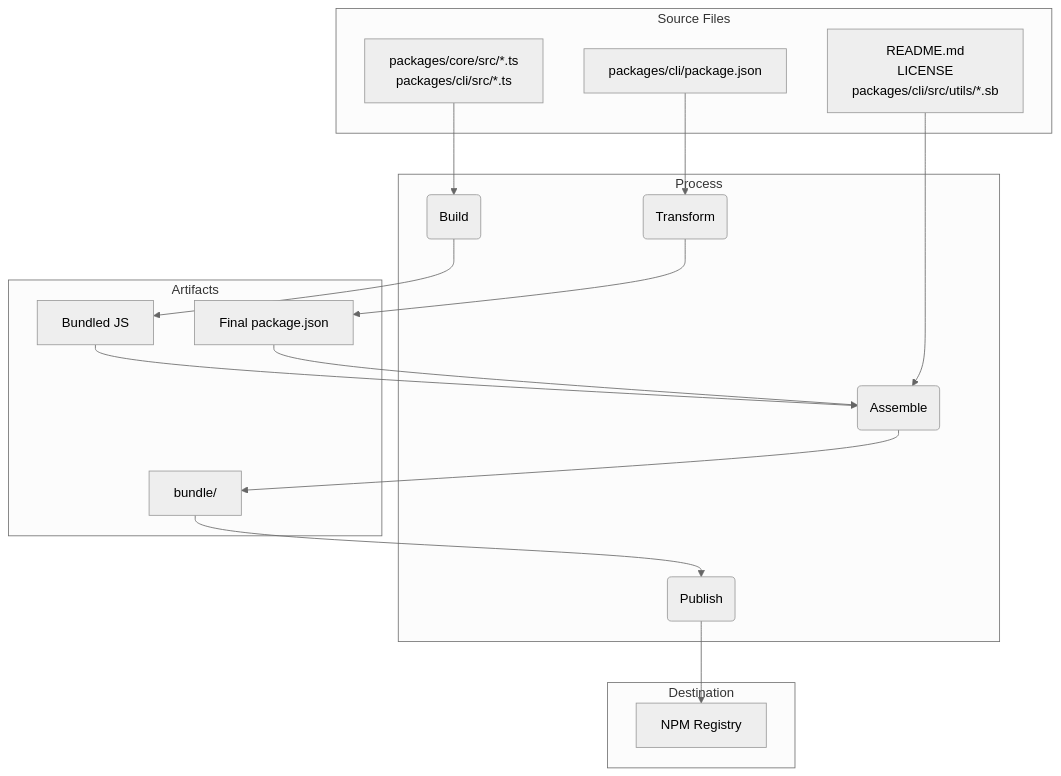
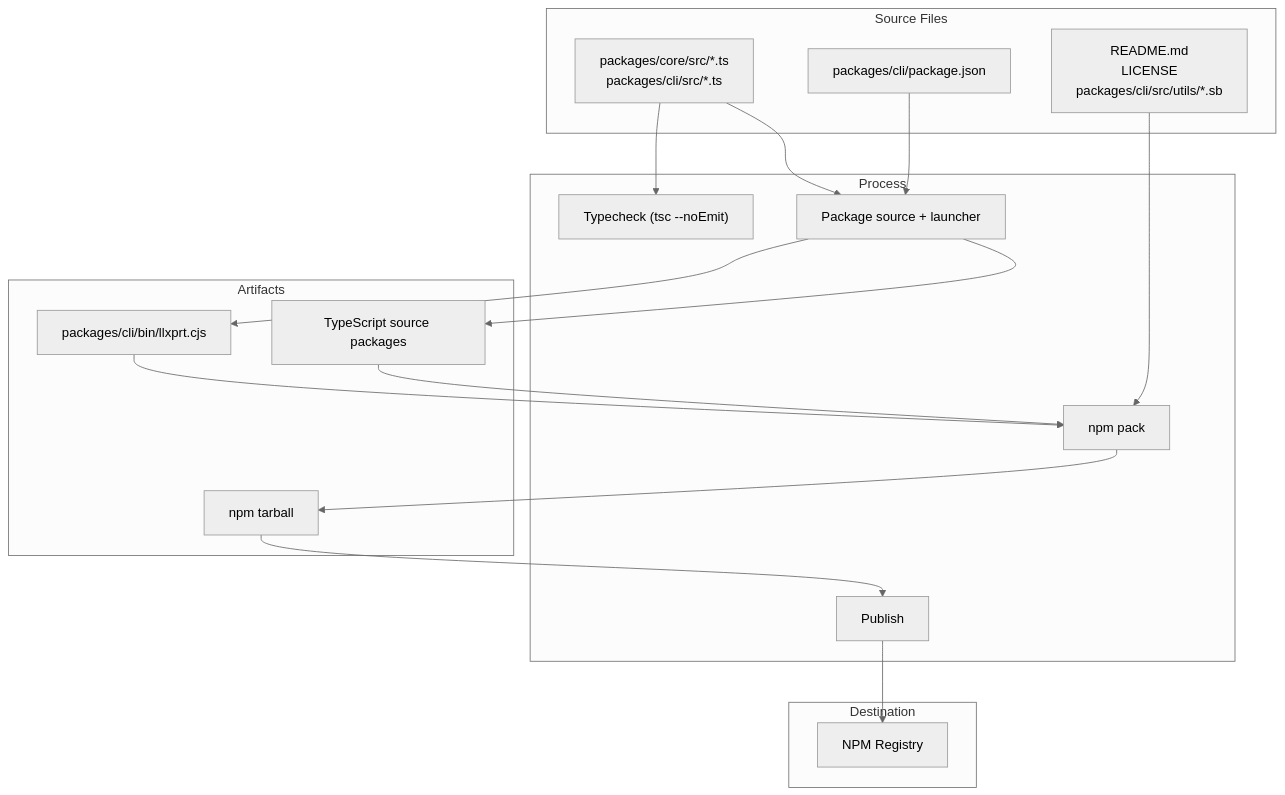
Before and after one commit to vybestack/llxprt-code: the diagram in dev-docs/npm.md, drawn with Mermaid (neutral theme). The commit also changed other lines of this file and 83 other files, not shown here.

````diff
--- a/dev-docs/npm.md
+++ b/dev-docs/npm.md
@@ -232,33 +216,34 @@
 ```mermaid
 graph TD
     subgraph "Source Files"
         A["packages/core/src/*.ts<br/>packages/cli/src/*.ts"]
         B["packages/cli/package.json"]
         C["README.md<br/>LICENSE<br/>packages/cli/src/utils/*.sb"]
     end
 
     subgraph "Process"
-        D(Build)
-        E(Transform)
-        F(Assemble)
-        G(Publish)
+        D["Typecheck (tsc --noEmit)"]
+        E["Package source + launcher"]
+        F["npm pack"]
+        G["Publish"]
     end
 
     subgraph "Artifacts"
-        H["Bundled JS"]
-        I["Final package.json"]
-        J["bundle/"]
+        H["packages/cli/bin/llxprt.cjs"]
+        I["TypeScript source packages"]
+        J["npm tarball"]
     end
 
     subgraph "Destination"
         K["NPM Registry"]
     end
 
-    A --> D --> H
-    B --> E --> I
+    A --> D
+    A --> E --> I
+    B --> E --> H
     C --> F
     H --> F
     I --> F
     F --> J
     J --> G --> K
 ```
````
